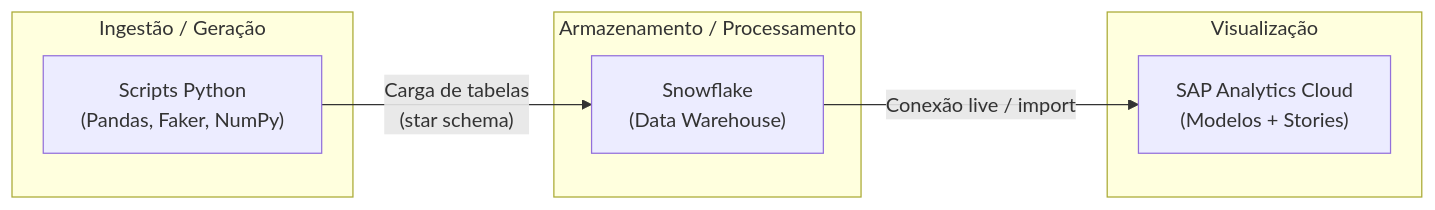
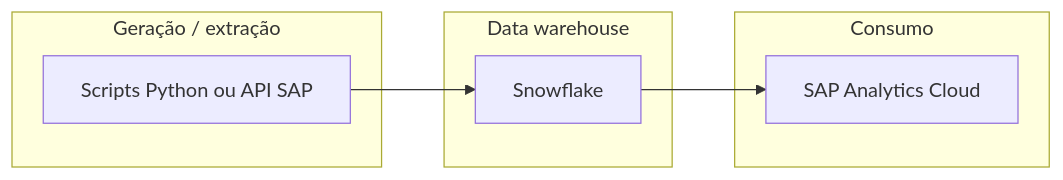
The diagram in README.md (Zkerrs/Modern-Data-Stack-SAP-SAC-and-Snowflake), drawn with Mermaid before and after one commit. The commit also changed other lines of this file and 37 other files, not shown here.

````diff
--- a/README.md
+++ b/README.md
@@ -26,14 +76,14 @@
 ```mermaid
 flowchart LR
-  subgraph geracao["Ingestão / Geração"]
-    PY["Scripts Python\n(Pandas, Faker, NumPy)"]
+  subgraph geracao["Geração / extração"]
+    PY["Scripts Python ou API SAP"]
   end
-  subgraph dw["Armazenamento / Processamento"]
-    SF["Snowflake\n(Data Warehouse)"]
+  subgraph dw["Data warehouse"]
+    SF["Snowflake"]
   end
-  subgraph viz["Visualização"]
-    SAC["SAP Analytics Cloud\n(Modelos + Stories)"]
+  subgraph viz["Consumo"]
+    SAC["SAP Analytics Cloud"]
   end
-  PY -->|"Carga de tabelas\n(star schema)"| SF
-  SF -->|"Conexão live / import"| SAC
+  PY --> SF
+  SF --> SAC
 ```
````
